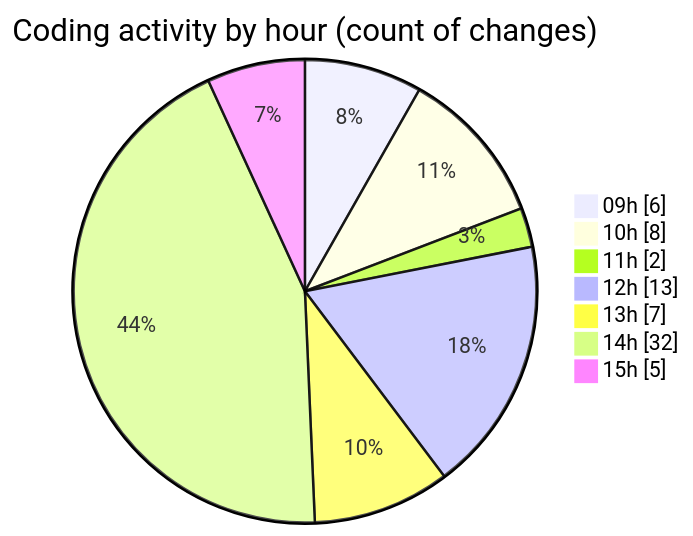
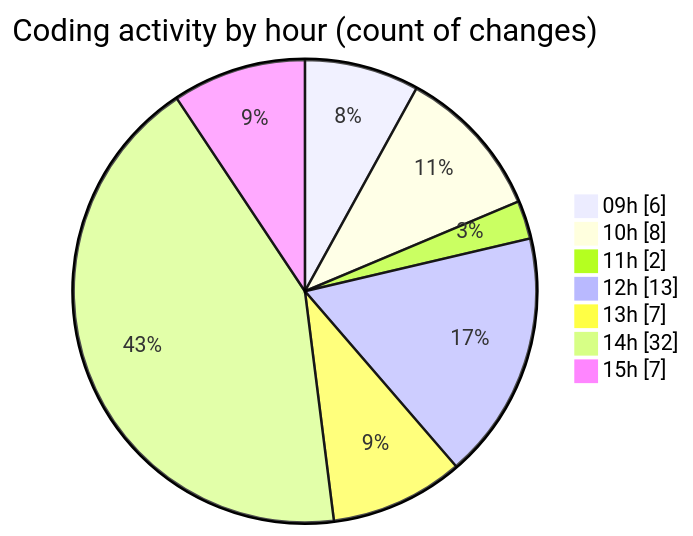
Before and after one commit to momahboobian/code-tracking: the second of 2 diagrams in 2026-08-13/cda/README.md, drawn with Mermaid. The commit also changed other lines of this file and 1 other file, not shown here.

````diff
--- a/2026-08-13/cda/README.md
+++ b/2026-08-13/cda/README.md
@@ -59,11 +59,11 @@
 ```mermaid
 pie showData
 title Coding activity by hour (count of changes)
 "09h" : 6
 "10h" : 8
 "11h" : 2
 "12h" : 13
 "13h" : 7
 "14h" : 32
-"15h" : 5
+"15h" : 7
 ```
````
